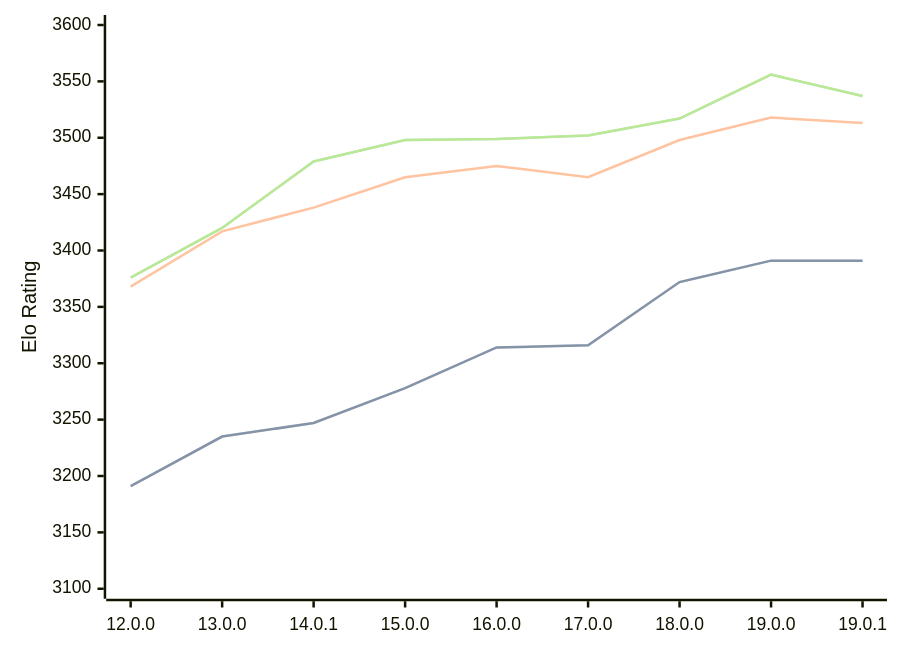
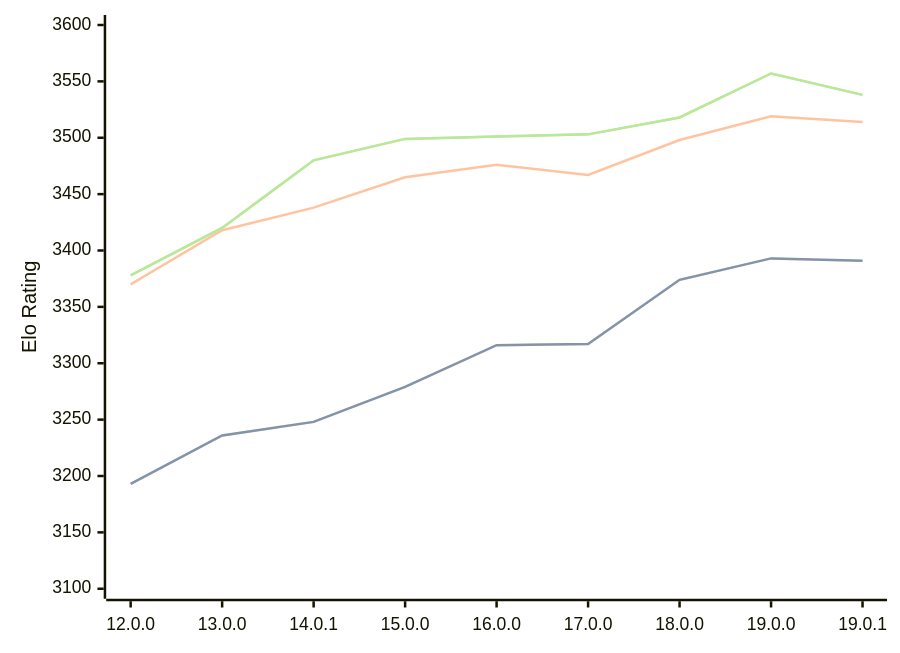
Before and after one commit to computer-chess-index/cci: the third of 3 diagrams in engines/Viridithas.md, drawn with Mermaid. The commit also changed other lines of this file, not shown here.

Commit message:
Update CCI Ratings (ELO VLTC) - 2026-06-23

````diff
--- a/engines/Viridithas.md
+++ b/engines/Viridithas.md
@@ -96,11 +96,11 @@
 ```mermaid
 %%{init: {"theme":"base","themeVariables":{"seriesColors:['#a3a3a3','#222221','#faa371']}}}%%
 xychart-beta
   x-axis ["12.0.0", "13.0.0", "14.0.1", "15.0.0", "16.0.0", "17.0.0", "18.0.0", "19.0.0", "19.0.1"]
   y-axis "Elo Rating" 3100 --> 3600
-  line "STC (8.0+0.08s)" [3191, 3235, 3247, 3278, 3314, 3316, 3372, 3391, 3391]
-  line "STC (8.0+0.08s)" [3191, 3235, 3247, 3278, 3314, 3316, 3372, 3391, 3391]
-  line "LTC (60.0+0.60s)" [3368, 3417, 3438, 3465, 3475, 3465, 3498, 3518, 3513]
-  line "VLTC (2m24s+1.12s)" [3376, 3420, 3479, 3498, 3499, 3502, 3517, 3556, 3537]
-  line "VLTC (2m24s+1.12s)" [3376, 3420, 3479, 3498, 3499, 3502, 3517, 3556, 3537]
+  line "STC (8.0+0.08s)" [3193, 3236, 3248, 3279, 3316, 3317, 3374, 3393, 3391]
+  line "STC (8.0+0.08s)" [3193, 3236, 3248, 3279, 3316, 3317, 3374, 3393, 3391]
+  line "LTC (60.0+0.60s)" [3370, 3418, 3438, 3465, 3476, 3467, 3498, 3519, 3514]
+  line "VLTC (2m24s+1.12s)" [3378, 3420, 3480, 3499, 3501, 3503, 3518, 3557, 3538]
+  line "VLTC (2m24s+1.12s)" [3378, 3420, 3480, 3499, 3501, 3503, 3518, 3557, 3538]
 ```
````
